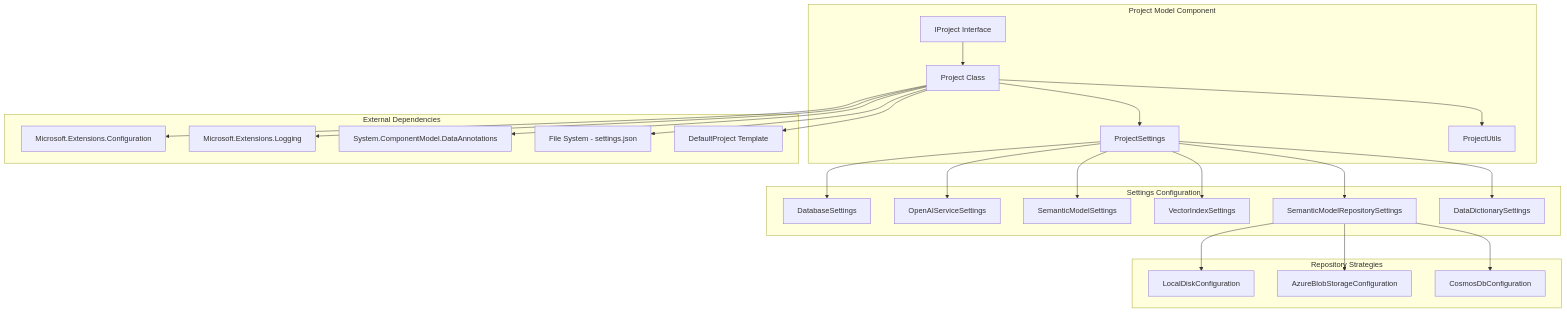
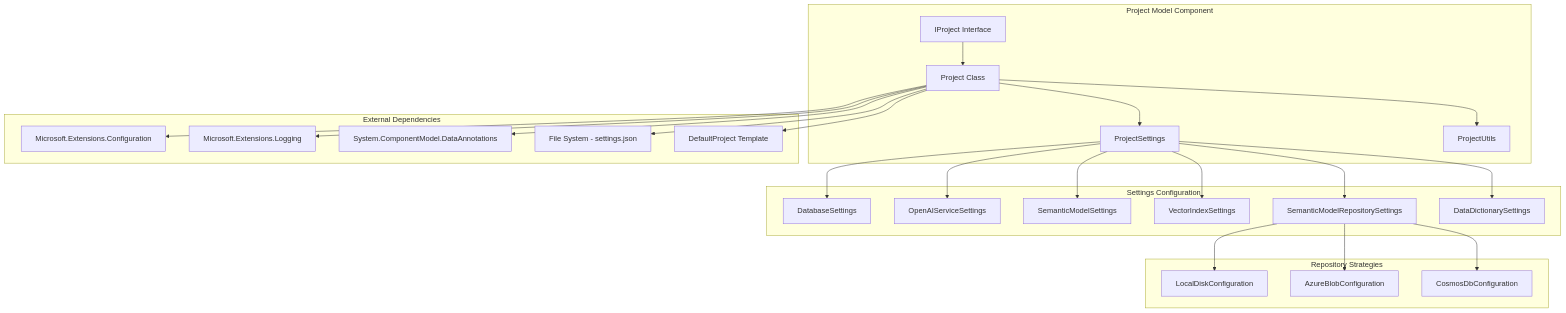
One commit to PlagueHO/genai-database-explorer changed the first of 2 diagrams in docs/components/project-model-documentation.md. Above: the diagram before and after it, drawn with Mermaid. The commit also changed other lines of this file and 21 other files, not shown here.

First line of the commit message:
Refactor Azure Blob Storage Configuration

````diff
--- a/docs/components/project-model-documentation.md
+++ b/docs/components/project-model-documentation.md
@@ -51,53 +51,53 @@
 ```mermaid
 flowchart TD
     subgraph "Project Model Component"
         IProject[IProject Interface]
         Project[Project Class]
         ProjectSettings[ProjectSettings]
         ProjectUtils[ProjectUtils]
         
         IProject --> Project
         Project --> ProjectSettings
         Project --> ProjectUtils
     end
 
     subgraph "Settings Configuration"
         DatabaseSettings[DatabaseSettings]
         OpenAISettings[OpenAIServiceSettings]
         SemanticModelSettings[SemanticModelSettings]
         VectorIndexSettings[VectorIndexSettings]
         RepositorySettings[SemanticModelRepositorySettings]
         DataDictionarySettings[DataDictionarySettings]
         
         ProjectSettings --> DatabaseSettings
         ProjectSettings --> OpenAISettings
         ProjectSettings --> SemanticModelSettings
         ProjectSettings --> VectorIndexSettings
         ProjectSettings --> RepositorySettings
         ProjectSettings --> DataDictionarySettings
     end
 
     subgraph "External Dependencies"
         IConfiguration[Microsoft.Extensions.Configuration]
         ILogger[Microsoft.Extensions.Logging]
         Validation[System.ComponentModel.DataAnnotations]
         FileSystem[File System - settings.json]
         DefaultProject[DefaultProject Template]
     end
 
     Project --> IConfiguration
     Project --> ILogger
     Project --> Validation
     Project --> FileSystem
     Project --> DefaultProject
 
     subgraph "Repository Strategies"
         LocalDisk[LocalDiskConfiguration]
-    AzureBlob[AzureBlobStorageConfiguration]
+    AzureBlob[AzureBlobConfiguration]
         CosmosDb[CosmosDbConfiguration]
         
         RepositorySettings --> LocalDisk
         RepositorySettings --> AzureBlob
         RepositorySettings --> CosmosDb
     end
 ```
````
